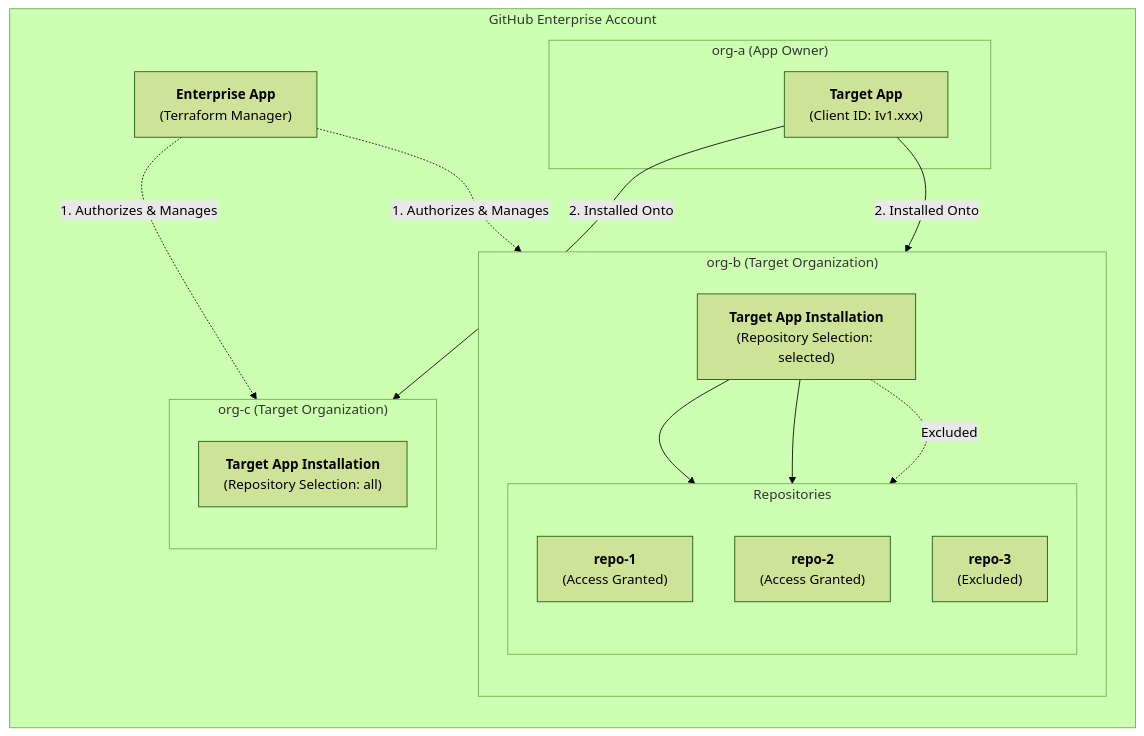
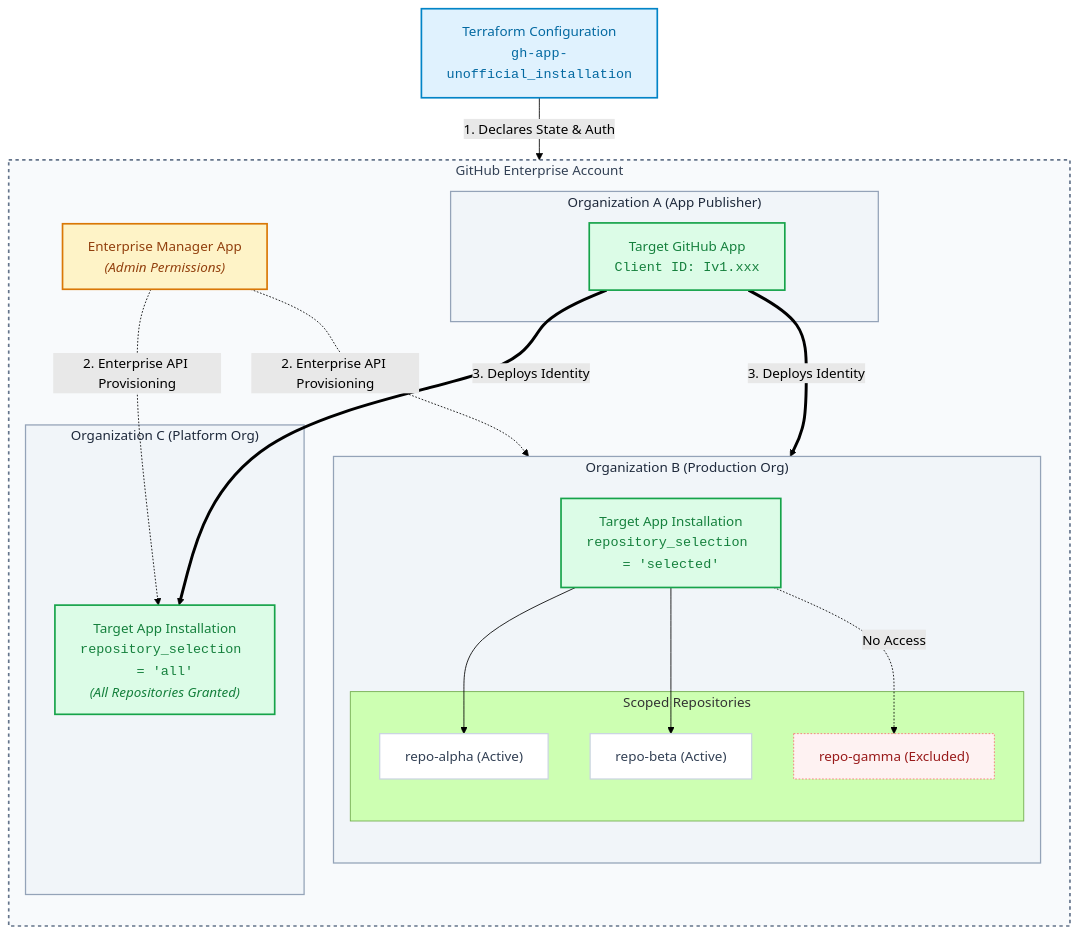
One commit to google/terraform-provider-gh-app-unofficial changed the diagram in README.md. Above: the diagram before and after it, drawn with Mermaid (forest theme). The commit also changed other lines of this file and 1 other file, not shown here.

Commit message:
update graphs

````diff
--- a/README.md
+++ b/README.md
@@ -38,46 +38,48 @@
 ```mermaid
 flowchart TD
-    subgraph Enterprise ["GitHub Enterprise Account"]
+    %% Styling Classes
+    classDef tf fill:#e0f2fe,stroke:#0284c7,stroke-width:2px,color:#0369a1;
+    classDef ent fill:#f8fafc,stroke:#64748b,stroke-width:2px,stroke-dasharray: 4 4,color:#334155;
+    classDef manager fill:#fef3c7,stroke:#d97706,stroke-width:2px,color:#92400e;
+    classDef target fill:#dcfce7,stroke:#16a34a,stroke-width:2px,color:#15803d;
+    classDef org fill:#f1f5f9,stroke:#94a3b8,stroke-width:1.5px,color:#1e293b;
+    classDef repo fill:#ffffff,stroke:#cbd5e1,stroke-width:1.5px,color:#334155;
+    classDef excluded fill:#fef2f2,stroke:#f87171,stroke-width:1px,stroke-dasharray: 2 2,color:#991b1b;
+
+    TF["Terraform Configuration<br/><code>gh-app-unofficial_installation</code>"]:::tf
+
+    subgraph ENT ["GitHub Enterprise Account"]
         direction TB
-
-        ENT_APP["`**Enterprise App**
-        (Terraform Manager)`"]
-
-        subgraph ORG_A ["org-a (App Owner)"]
-            TARGET_APP["`**Target App**
-            (Client ID: Iv1.xxx)`"]
+        MGR["Enterprise Manager App<br/><i>(Admin Permissions)</i>"]:::manager
+        
+        subgraph ORG_A ["Organization A (App Publisher)"]
+            TAPP["Target GitHub App<br/><code>Client ID: Iv1.xxx</code>"]:::target
         end
 
-        subgraph ORG_B ["org-b (Target Organization)"]
+        subgraph ORG_B ["Organization B (Production Org)"]
             direction TB
-            INST_B["`**Target App Installation**
-            (Repository Selection: selected)`"]
-
-            subgraph REPOS_B ["Repositories"]
-                direction TB
-                R1["`**repo-1**
-                (Access Granted)`"]
-                R2["`**repo-2**
-                (Access Granted)`"]
-                R3["`**repo-3**
-                (Excluded)`"]
+            INST_B["Target App Installation<br/><code>repository_selection = 'selected'</code>"]:::target
+            subgraph REPOS_B ["Scoped Repositories"]
+                R1["repo-alpha (Active)"]:::repo
+                R2["repo-beta (Active)"]:::repo
+                R3["repo-gamma (Excluded)"]:::excluded
             end
-
             INST_B --> R1
             INST_B --> R2
-            INST_B -.->|Excluded| R3
+            INST_B -.->|No Access| R3
         end
 
-        subgraph ORG_C ["org-c (Target Organization)"]
-            direction TB
-            INST_C["`**Target App Installation**
-            (Repository Selection: all)`"]
+        subgraph ORG_C ["Organization C (Platform Org)"]
+            INST_C["Target App Installation<br/><code>repository_selection = 'all'</code><br/><i>(All Repositories Granted)</i>"]:::target
         end
+    end
 
-        ENT_APP -.->|"1. Authorizes & Manages"| INST_B
-        ENT_APP -.->|"1. Authorizes & Manages"| INST_C
+    TF -->|"1. Declares State & Auth"| MGR
+    MGR -.->|"2. Enterprise API Provisioning"| INST_B
+    MGR -.->|"2. Enterprise API Provisioning"| INST_C
+    TAPP ==>|"3. Deploys Identity"| INST_B
+    TAPP ==>|"3. Deploys Identity"| INST_C
 
-        TARGET_APP -->|"2. Installed Onto"| INST_B
-        TARGET_APP -->|"2. Installed Onto"| INST_C
-    end
+    class ENT ent;
+    class ORG_A,ORG_B,ORG_C org;
 ```
````
